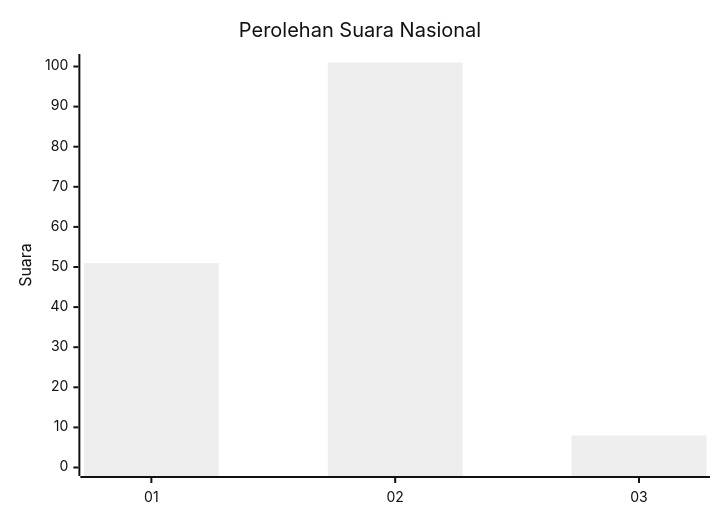
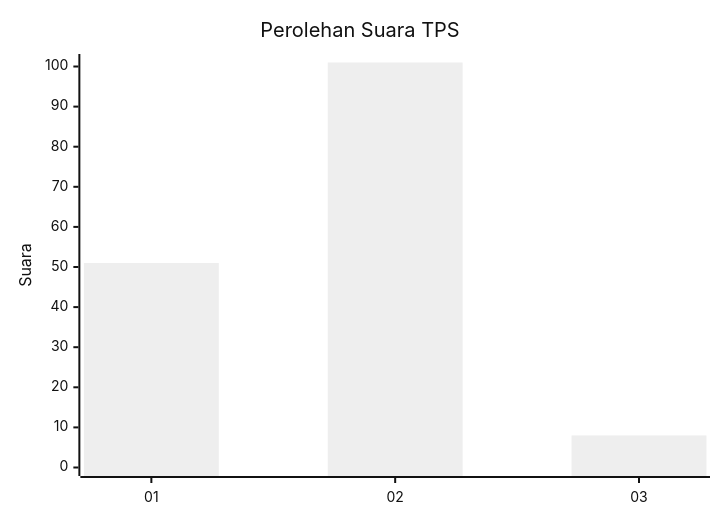
Before and after one commit to gigit-pemilu/pemilu-2024-15-jambi: the first of 2 diagrams in pilpres/hitung-suara/sub/15-jambi/sub/03-sarolangun/sub/04-pauh/sub/2002-karang-mendapo/sub/001-tps/README.md, drawn with Mermaid (neutral theme). The commit also changed other lines of this file and 7820 other files, not shown here.

````diff
--- a/pilpres/hitung-suara/sub/15-jambi/sub/03-sarolangun/sub/04-pauh/sub/2002-karang-mendapo/sub/001-tps/README.md
+++ b/pilpres/hitung-suara/sub/15-jambi/sub/03-sarolangun/sub/04-pauh/sub/2002-karang-mendapo/sub/001-tps/README.md
@@ -5,7 +5,7 @@
 ```mermaid
 xychart-beta
-    title "Perolehan Suara Nasional"
+    title "Perolehan Suara TPS"
     x-axis [01, 02, 03]
     y-axis "Suara" 0 --> 101
     bar [51, 101, 8]
 ```
````
